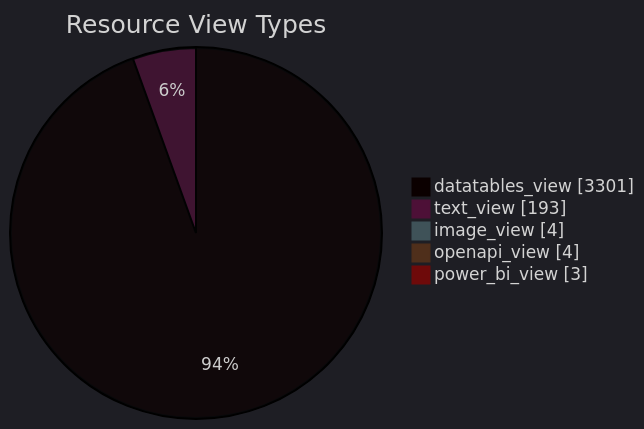
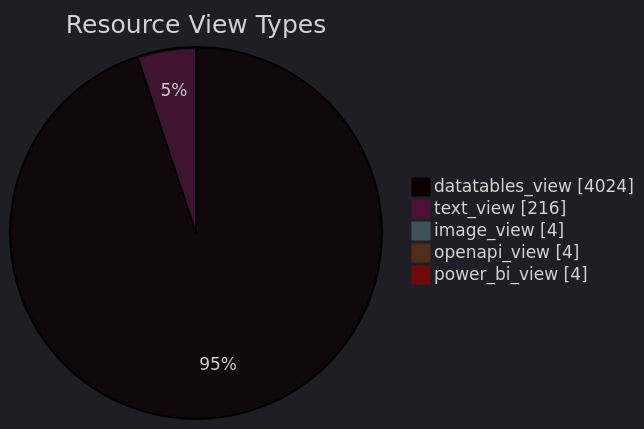
One commit to open-data/analytics-corporate-reporting changed the diagram in datastore_tracker/resource_view_types_pie_chart.md. Above: the diagram before and after it, drawn with Mermaid. The commit also changed 12 other files, not shown here.

````diff
--- a/datastore_tracker/resource_view_types_pie_chart.md
+++ b/datastore_tracker/resource_view_types_pie_chart.md
@@ -2,12 +2,12 @@
 ```mermaid
 ---
 config:
   theme: dark
 ---
 pie showData title Resource View Types
-    "datatables_view": 3301
-    "text_view": 193
+    "datatables_view": 4024
+    "text_view": 216
     "image_view": 4
     "openapi_view": 4
-    "power_bi_view": 3
+    "power_bi_view": 4
 ```
````
